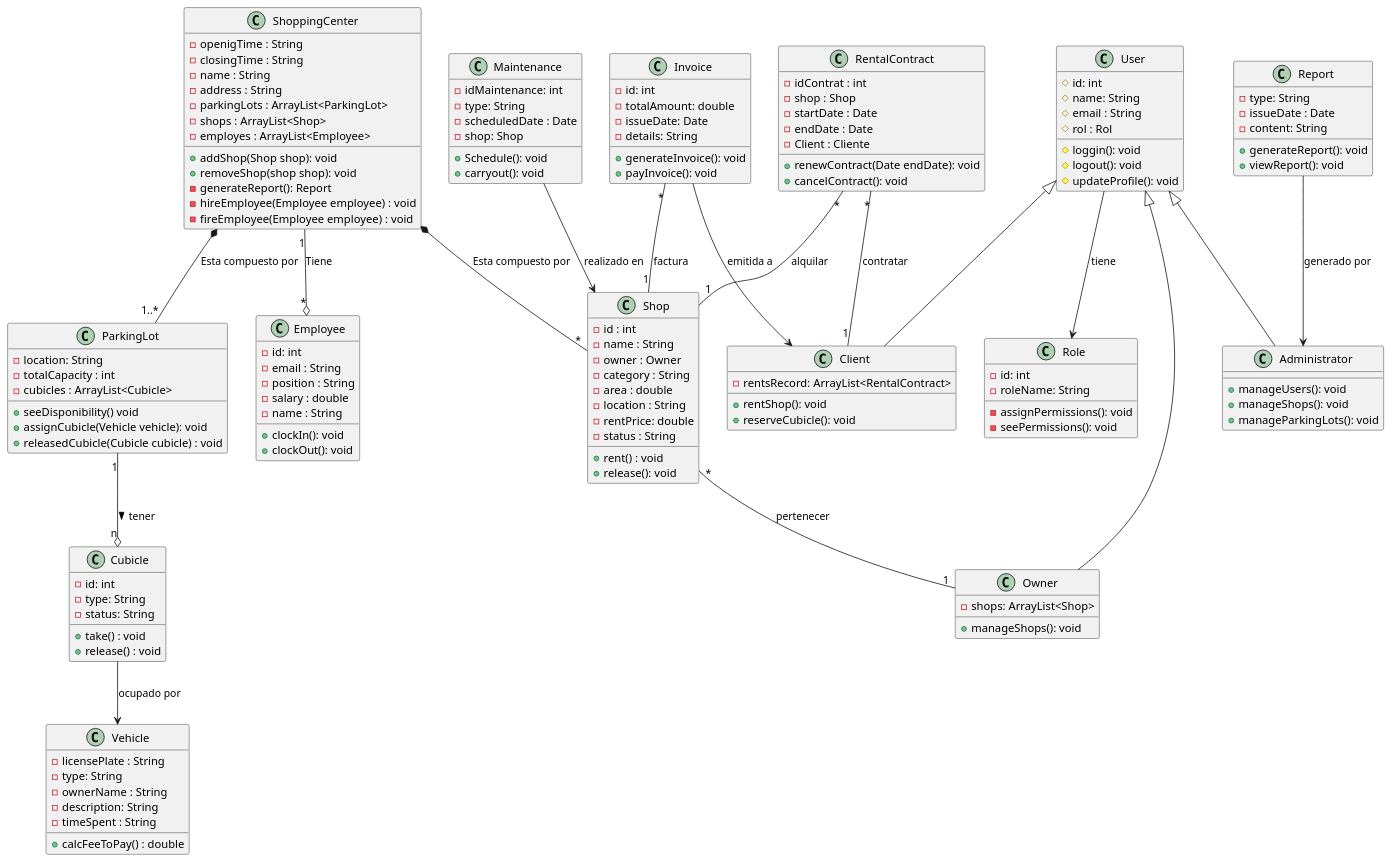
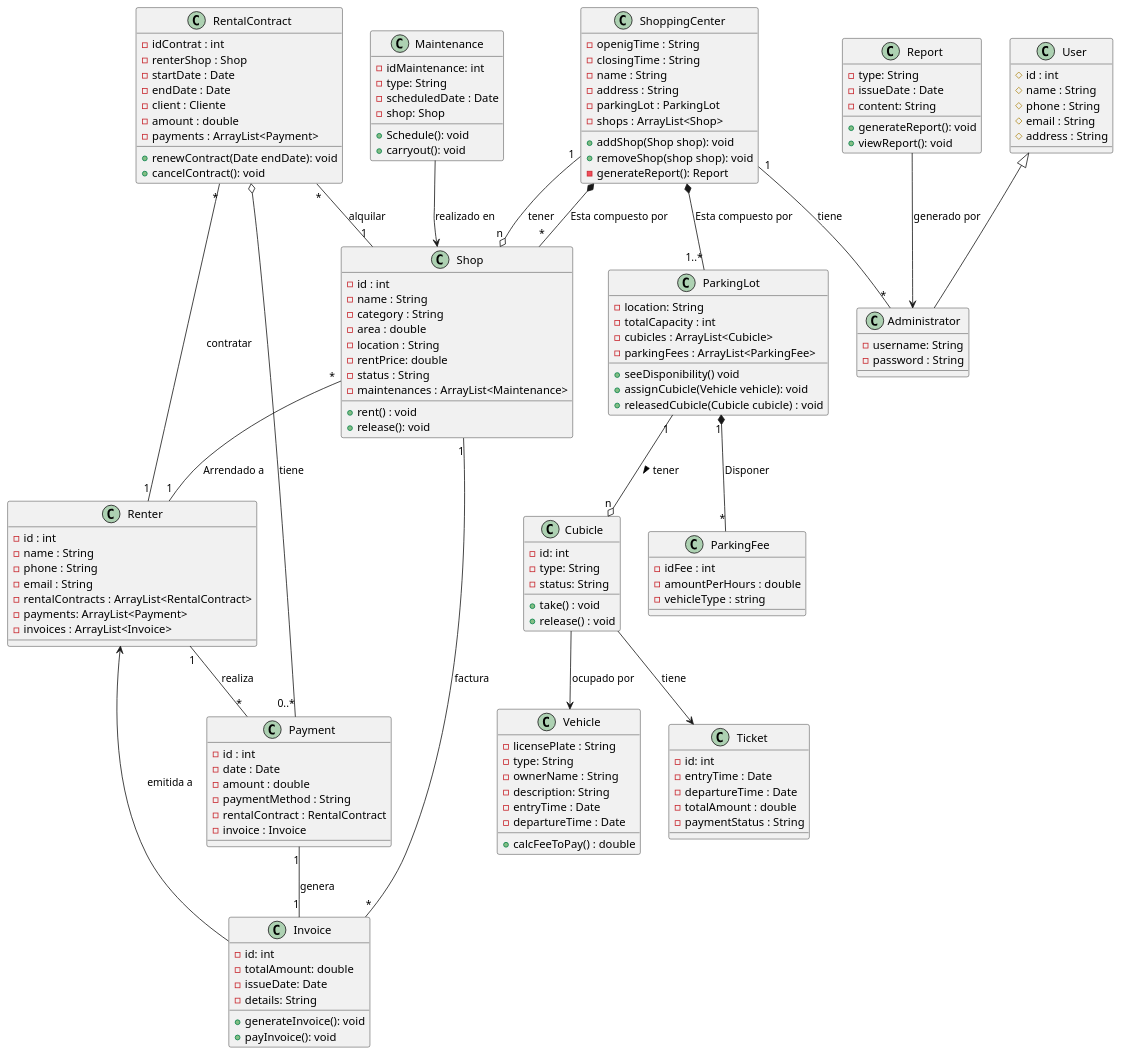
The diagram in src/co/edu/unicolombo/s3/poo/GestionCentroComercial/docs/DiagramasClases.puml (cleymeravilaa/Gestion-Centro-Comercial), drawn with PlantUML before and after one commit.

Commit message:
actualizacion diagrama clases

```diff
--- a/src/co/edu/unicolombo/s3/poo/GestionCentroComercial/docs/DiagramasClases.puml
+++ b/src/co/edu/unicolombo/s3/poo/GestionCentroComercial/docs/DiagramasClases.puml
@@ -1,184 +1,200 @@
 @startuml
 
 ' Centro Comercial
 class ShoppingCenter {
     - openigTime : String
     - closingTime : String
     - name : String
     - address : String
-    - parkingLots : ArrayList<ParkingLot>
+    - parkingLot : ParkingLot
     - shops : ArrayList<Shop>
-    - employes : ArrayList<Employee>
     + addShop(Shop shop): void
     + removeShop(shop shop): void
     - generateReport(): Report
-    - hireEmployee(Employee employee) : void
-    - fireEmployee(Employee employee) : void
 }
 
+' Entidades Gestion Locales
 'Local
 class Shop {
     - id : int
     - name : String 
-    - owner : Owner
     - category : String 
     - area : double
     - location : String
     - rentPrice: double
     - status : String
+    - maintenances : ArrayList<Maintenance>
     + rent() : void 
     + release(): void
 }
 
 ' Contrato Alquiler
 class RentalContract {
     - idContrat : int
-    - shop : Shop
+    - renterShop : Shop
     - startDate : Date
     - endDate : Date
-    - Client : Cliente
+    - client : Cliente
+    - amount : double
+    - payments : ArrayList<Payment>
     + renewContract(Date endDate): void
     + cancelContract(): void
 }
 
+' Pagos
+class Payment {
+    - id : int
+    - date : Date
+    - amount : double
+    - paymentMethod : String
+    - rentalContract : RentalContract
+    - invoice : Invoice
+}
+
+' Arrendatario
+class Renter {
+    - id : int
+    - name : String
+    - phone : String
+    - email : String
+    - rentalContracts : ArrayList<RentalContract>
+    - payments: ArrayList<Payment>
+    - invoices : ArrayList<Invoice>
+}
+
+' Factura
+class Invoice {
+    - id: int
+    - totalAmount: double 
+    - issueDate: Date
+    - details: String
+    + generateInvoice(): void
+    + payInvoice(): void
+}
+
+' Reporte
+class Report {
+    ' tipo: General, Pagos, Facturas, arrendatario, Local, contrato, Mantenimiento
+    - type: String 
+    - issueDate : Date
+    - content: String
+    + generateReport(): void
+    + viewReport(): void
+}
+
+' Mantenimiento
+class Maintenance {
+    - idMaintenance: int
+    - type: String
+    - scheduledDate : Date
+    - shop: Shop
+    + Schedule(): void
+    + carryout(): void
+}
+
+' Entidades Gestion Parqueadero
 'Parqueadero
 class ParkingLot {
     - location: String
     - totalCapacity : int
     - cubicles : ArrayList<Cubicle>
+    - parkingFees : ArrayList<ParkingFee>
     + seeDisponibility() void
     + assignCubicle(Vehicle vehicle): void
     + releasedCubicle(Cubicle cubicle) : void
 }
 
 ' Cubiculo
 class Cubicle {
     - id: int
     - type: String
     - status: String
     + take() : void
     + release() : void
 }
 
 ' Vehiculo
 class Vehicle {
     - licensePlate : String
     - type: String
     - ownerName : String
     - description: String
-    - timeSpent : String
+    - entryTime : Date
+    - departureTime : Date
     + calcFeeToPay() : double
 }
 
+
+' Tiket
+class Ticket {
+    - id: int
+    - entryTime : Date
+    - departureTime : Date
+    - totalAmount : double
+    - paymentStatus : String
+}
+
+' Tarifa
+class ParkingFee {
+    - idFee : int
+    - amountPerHours : double
+    - vehicleType : string
+}    
+
 ' Usuario
 class User {
-    # id: int
-    # name: String
+    # id : int
+    # name : String
+    # phone : String
     # email : String
-    # rol : Rol
-    # loggin(): void
-    # logout(): void
-    # updateProfile(): void
+    # address : String
 }
 
-' Propietario
-class Owner {
-    - shops: ArrayList<Shop>
-    + manageShops(): void
+' Administrador 
+class Administrator {
+    - username: String
+    - password : String
 }
-
-' Cliente
-class Client {
-    - rentsRecord: ArrayList<RentalContract>
-    + rentShop(): void
-    + reserveCubicle(): void
-}
-
-' Admin
-class Administrator {
-    + manageUsers(): void
-    + manageShops(): void
-    + manageParkingLots(): void
-}
-
-class Employee {
-    - id: int
-    - email : String
-    - position : String
-    - salary : double
-    - name : String
-    + clockIn(): void
-    + clockOut(): void
-}
-' Rol
-class Role {
-    - id: int
-    - roleName: String
-    - assignPermissions(): void
-    - seePermissions(): void
-}
-
-' Factura
-class Invoice {
-    - id: int
-    - totalAmount: double 
-    - issueDate: Date
-    - details: String
-    + generateInvoice(): void
-    + payInvoice(): void
-}
-
-' Reporte
-class Report {
-    - type: String
-    - issueDate : Date
-    - content: String
-    + generateReport(): void
-    + viewReport(): void
-}
-
-' Mantenimiento
-class Maintenance {
-    - idMaintenance: int
-    - type: String
-    - scheduledDate : Date
-    - shop: Shop
-    + Schedule(): void
-    + carryout(): void
-}
-
-
 ' Relaciones 
 
 ' Herencia
-User <|-- Owner 
 User <|-- Administrator 
-User <|-- Client
 
 ' Asociacion
-Shop "*" -- "1" Owner : pertenecer
+Shop "*" -- "1" Renter : Arrendado a
 RentalContract "*" -- "1" Shop : alquilar
-RentalContract "*" -- "1" Client : contratar
-ParkingLot "1" --o "n" Cubicle: tener >
-' Relación entre Cubicle y Vehicle
-Cubicle --> Vehicle : "ocupado por"
+RentalContract "*" -- "1" Renter : contratar
 
-' Relación entre Usuario y Rol
-User --> Role : "tiene"
+
 ' Relación entre Invoice y Client
-Invoice --> Client : "emitida a"
+Invoice --> Renter : "emitida a"
 
 Invoice "*" -- "1" Shop: factura
 
 ' Relación entre Reporte y Administrator
 Report --> Administrator : "generado por"
 
 ' Relación entre Mantenimiento y Shop
 Maintenance --> Shop : "realizado en"
 
+RentalContract o-- "0..*" Payment : tiene
+
+Payment "1" -- "1" Invoice : genera
+
+Renter "1" -- "*" Payment : realiza
+
+
+' Relación entre Cubicle y Vehicle
+Cubicle --> Vehicle : "ocupado por"
+Cubicle --> Ticket : tiene
+
 
 ' Composicion
+ParkingLot "1" --o "n" Cubicle: tener >
+ParkingLot "1" *-- "*" ParkingFee : Disponer
+ShoppingCenter "1" --o "n" Shop : tener
 ShoppingCenter *-- "*" Shop : Esta compuesto por
 ShoppingCenter *-- "1..*" ParkingLot : Esta compuesto por
-ShoppingCenter "1" --o "*" Employee : Tiene
+ShoppingCenter "1" -- "*" Administrator : tiene
+
 @enduml
```
